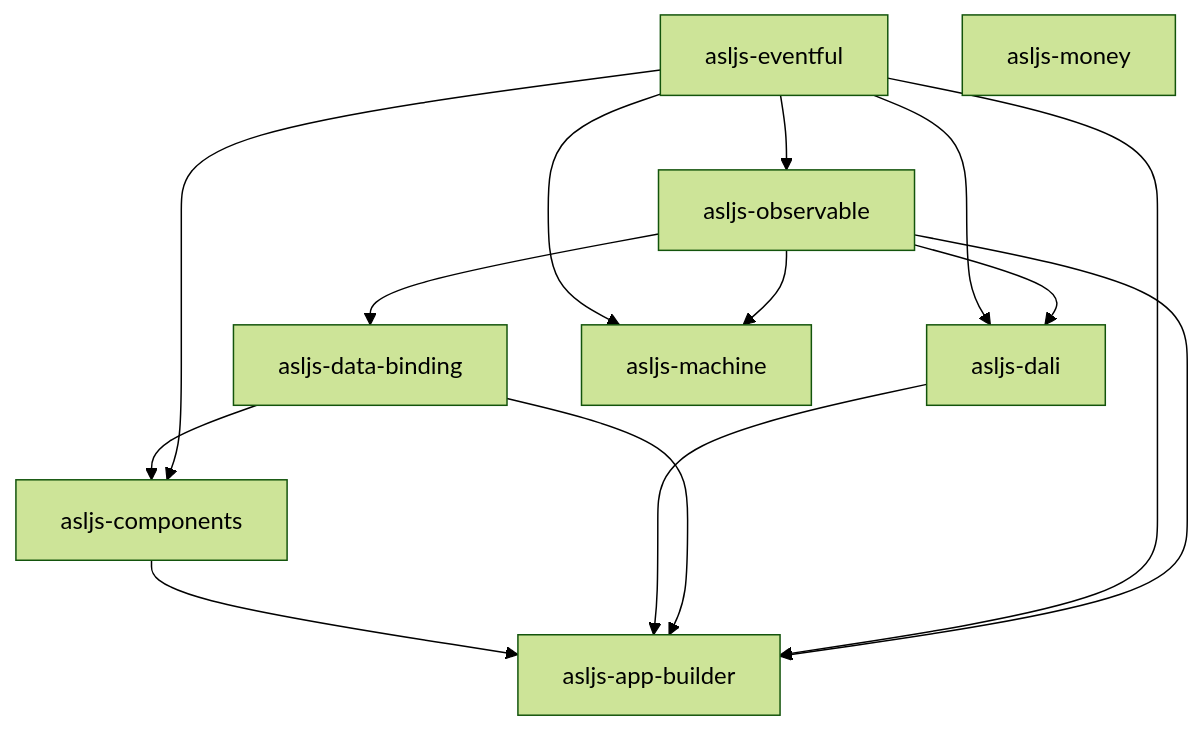
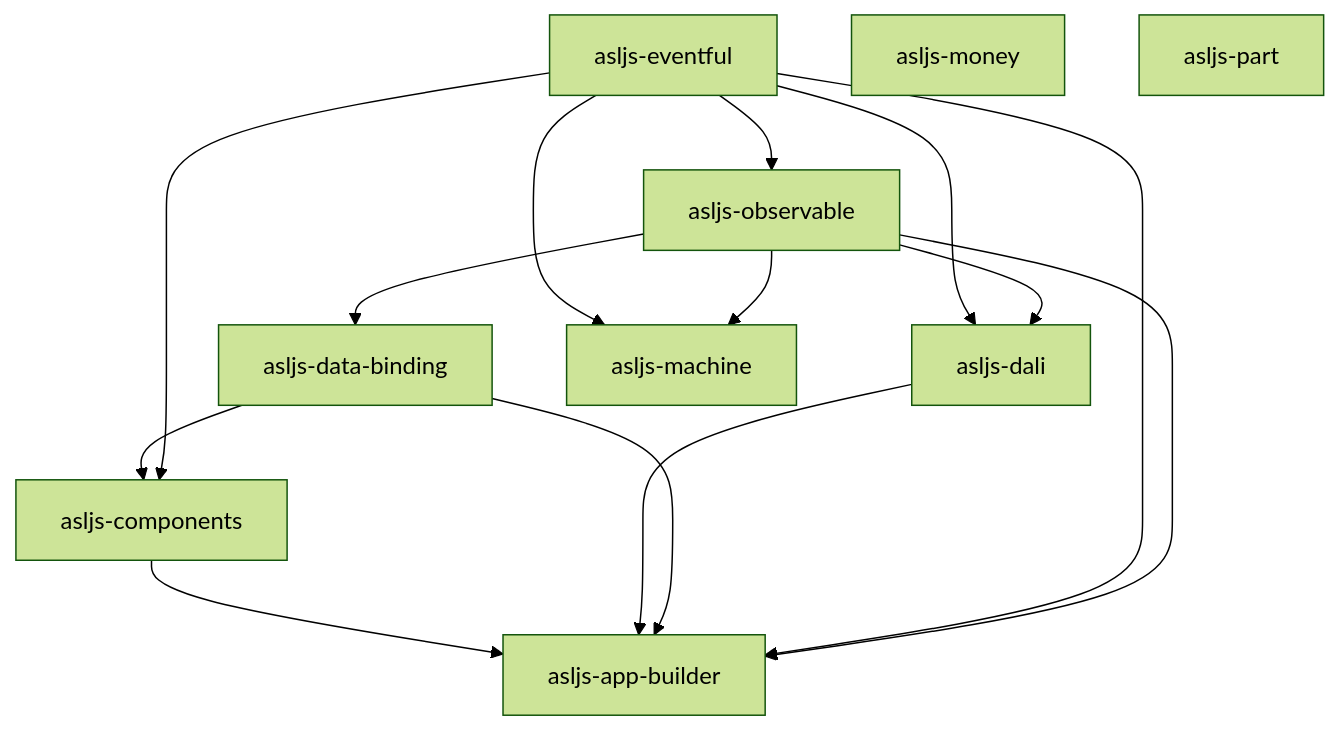
The diagram in README.md (AlexandriteSoftware/asljs), drawn with Mermaid (forest theme) before and after one commit. The commit also changed other lines of this file and 52 other files, not shown here.

````diff
--- a/README.md
+++ b/README.md
@@ -30,25 +32,26 @@
 ```mermaid
 graph TD
   eventful[asljs-eventful]
   observable[asljs-observable]
   databinding[asljs-data-binding]
   components[asljs-components]
   dali[asljs-dali]
   machine[asljs-machine]
   money[asljs-money]
+  part[asljs-part]
   appbuilder[asljs-app-builder]
 
   eventful --> observable
   observable --> databinding
   databinding --> components
   eventful --> components
   eventful --> dali
   observable --> dali
   eventful --> machine
   observable --> machine
   components --> appbuilder
   dali --> appbuilder
   databinding --> appbuilder
   eventful --> appbuilder
   observable --> appbuilder
 ```
````
